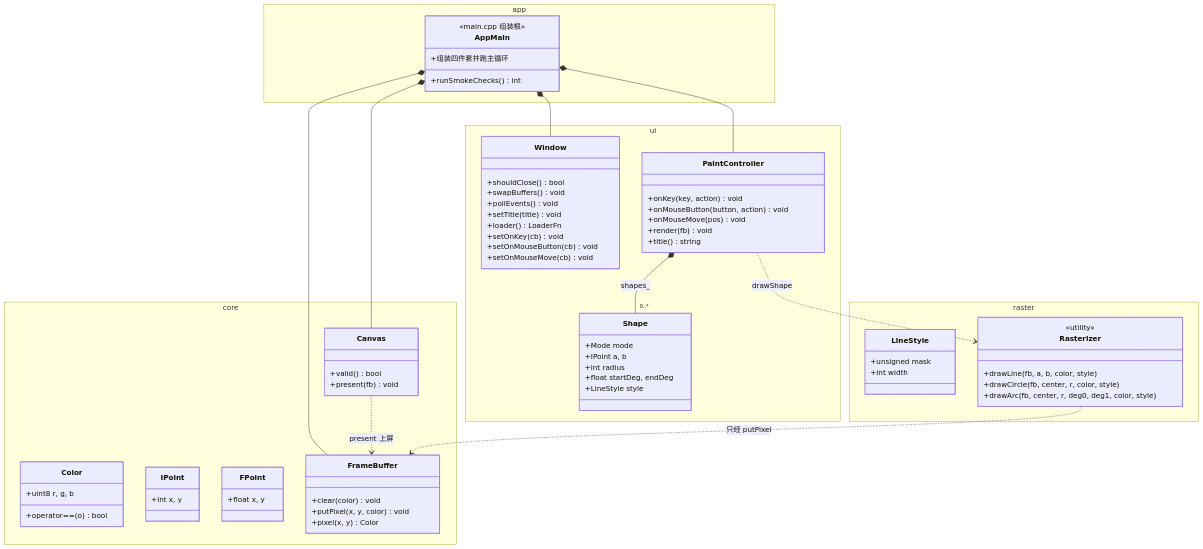
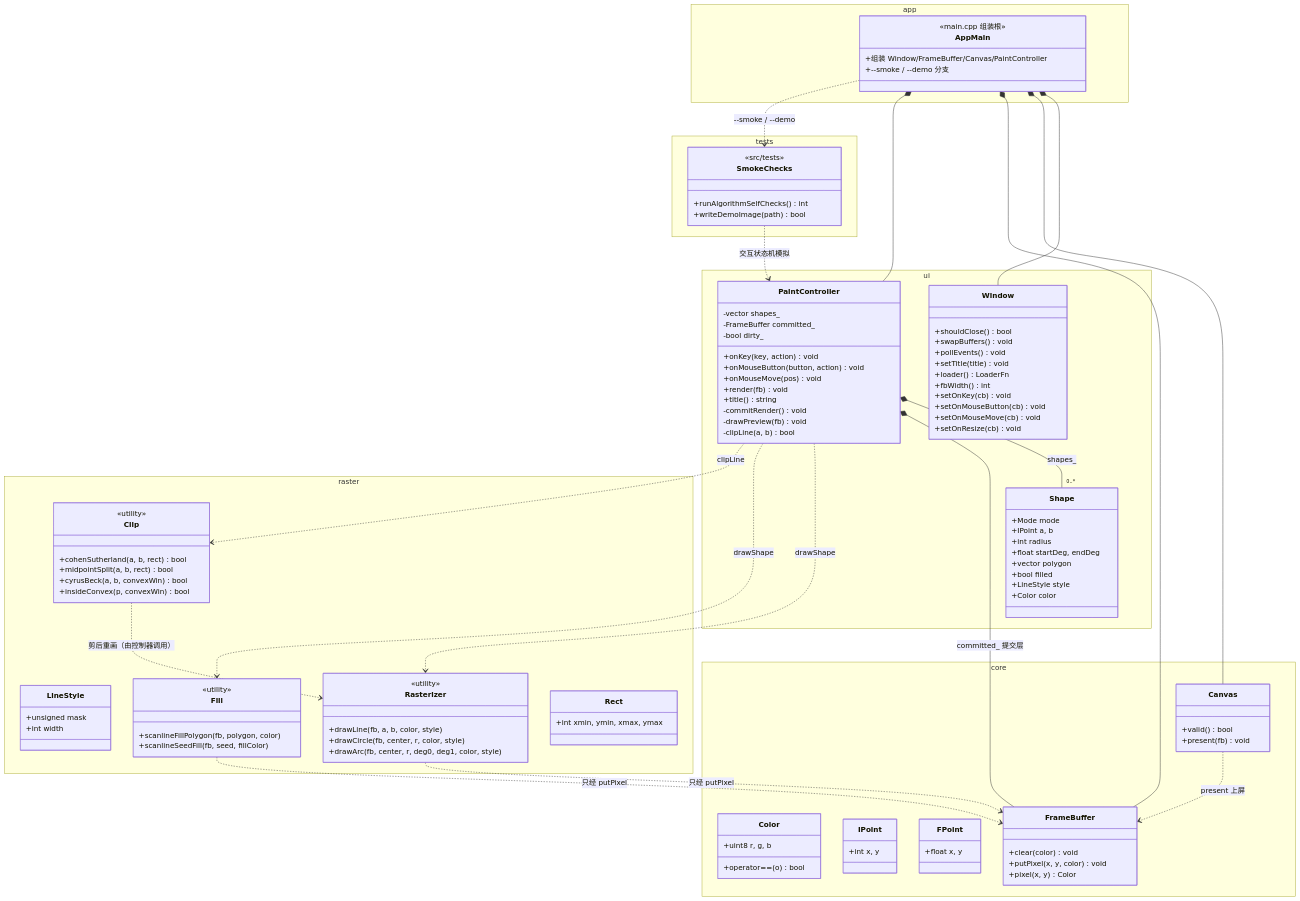
Before and after one commit to zmdld11/SHU-Computer-Graphics: the second of 3 diagrams in docs/架构设计.md, drawn with Mermaid. The commit also changed other lines of this file and 18 other files, not shown here.

First line of the commit message:
feat: 实验二——二维图形的填充与裁剪（扫描线填充 / 种子填充 / 线段裁剪） (#28)

````diff
--- a/docs/架构设计.md
+++ b/docs/架构设计.md
@@ -93,6 +100,21 @@
             +drawCircle(fb, center, r, color, style)
             +drawArc(fb, center, r, deg0, deg1, color, style)
         }
+        class Fill {
+            <<utility>>
+            +scanlineFillPolygon(fb, polygon, color)
+            +scanlineSeedFill(fb, seed, fillColor)
+        }
+        class Rect {
+            +int xmin, ymin, xmax, ymax
+        }
+        class Clip {
+            <<utility>>
+            +cohenSutherland(a, b, rect) bool
+            +midpointSplit(a, b, rect) bool
+            +cyrusBeck(a, b, convexWin) bool
+            +insideConvex(p, convexWin) bool
+        }
     }
 
     namespace ui {
@@ -102,31 +124,50 @@
             +pollEvents() void
             +setTitle(title) void
             +loader() LoaderFn
+            +fbWidth() int
             +setOnKey(cb) void
             +setOnMouseButton(cb) void
             +setOnMouseMove(cb) void
+            +setOnResize(cb) void
         }
         class Shape {
             +Mode mode
             +IPoint a, b
             +int radius
             +float startDeg, endDeg
+            +vector polygon
+            +bool filled
             +LineStyle style
+            +Color color
         }
         class PaintController {
+            -vector shapes_
+            -FrameBuffer committed_
+            -bool dirty_
             +onKey(key, action) void
             +onMouseButton(button, action) void
             +onMouseMove(pos) void
             +render(fb) void
             +title() string
+            -commitRender() void
+            -drawPreview(fb) void
+            -clipLine(a, b) bool
         }
     }
 
     namespace app {
         class AppMain {
             <<main.cpp 组装根>>
-            +组装四件套并跑主循环
-            +runSmokeChecks() int
+            +组装 Window/FrameBuffer/Canvas/PaintController
+            +--smoke / --demo 分支
+        }
+    }
+
+    namespace tests {
+        class SmokeChecks {
+            <<src/tests>>
+            +runAlgorithmSelfChecks() int
+            +writeDemoImage(path) bool
         }
     }
 
@@ -134,8 +175,15 @@
     AppMain *-- Canvas
     AppMain *-- FrameBuffer
     AppMain *-- PaintController
+    AppMain ..> SmokeChecks : --smoke / --demo
     Canvas ..> FrameBuffer : present 上屏
     Rasterizer ..> FrameBuffer : 只经 putPixel
+    Fill ..> FrameBuffer : 只经 putPixel
+    Clip ..> Rasterizer : 剪后重画（由控制器调用）
     PaintController *-- "0..*" Shape : shapes_
+    PaintController *-- FrameBuffer : committed_ 提交层
     PaintController ..> Rasterizer : drawShape
+    PaintController ..> Fill : drawShape
+    PaintController ..> Clip : clipLine
+    SmokeChecks ..> PaintController : 交互状态机模拟
 ```
````
